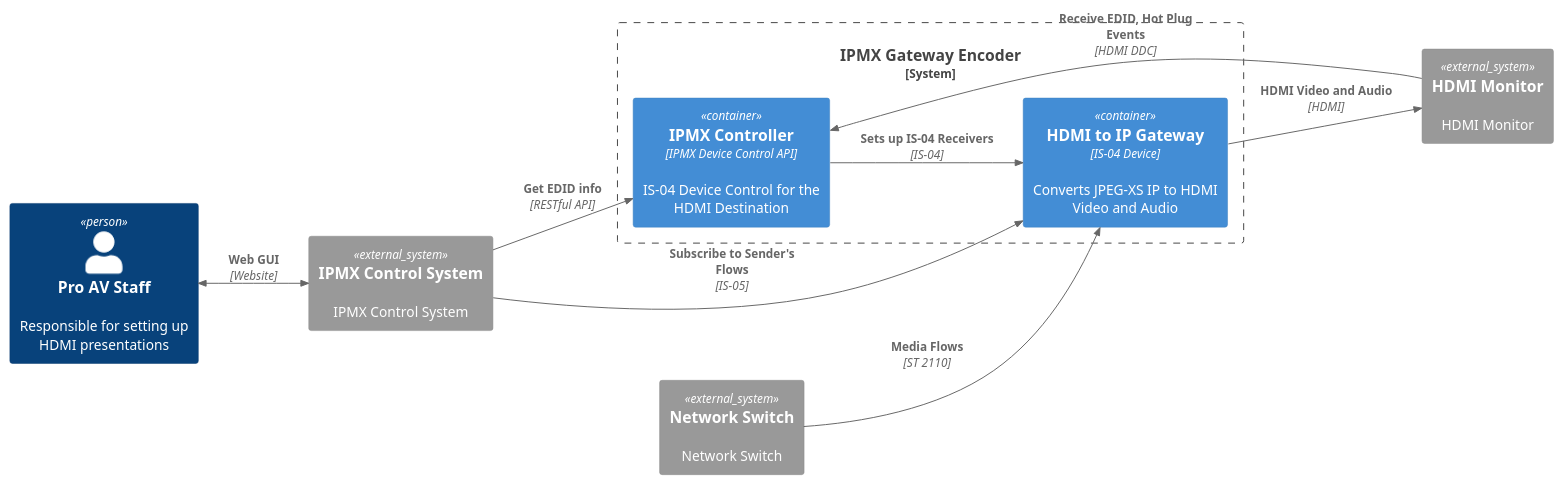
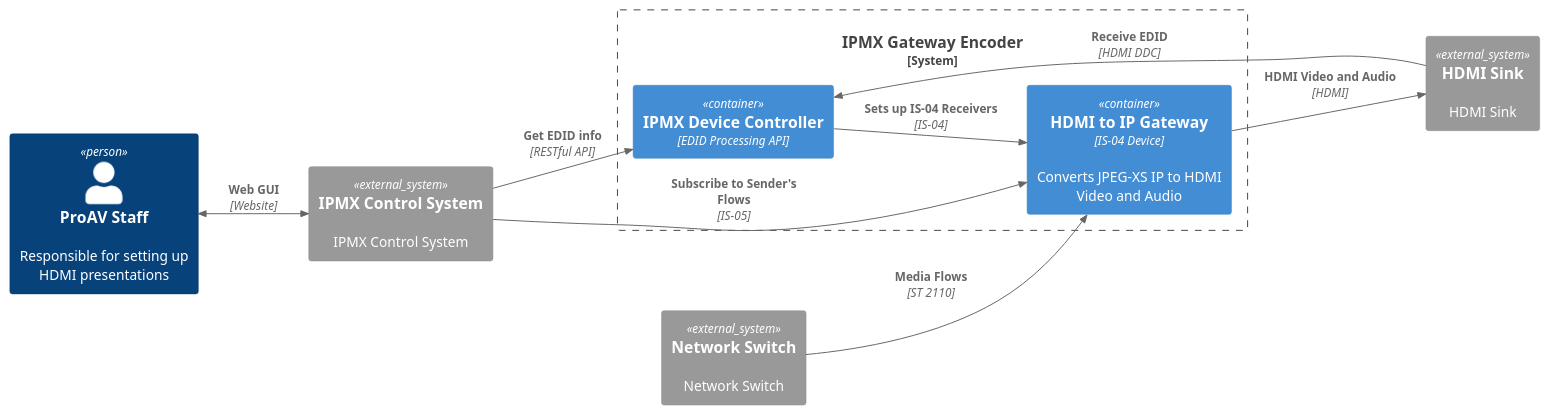
Before and after one commit to AMWA-TV/bcp-005-01: the diagram in docs/images/puml/ipmx_decoder_component_diagram.puml, drawn with PlantUML. The commit also changed 41 other files, not shown here.

First line of the commit message:
EDID Processing API and proofreading (#37)

```diff
--- a/docs/images/puml/ipmx_decoder_component_diagram.puml
+++ b/docs/images/puml/ipmx_decoder_component_diagram.puml
@@ -1,24 +1,24 @@
 @startuml
 !include https://raw.githubusercontent.com/plantuml-stdlib/C4-PlantUML/master/C4_Container.puml
 
 LAYOUT_LEFT_RIGHT()
 
-Person(person, "Pro AV Staff", "Responsible for setting up HDMI presentations")
+Person(person, "ProAV Staff", "Responsible for setting up HDMI presentations")
 
 System_Ext(ics, "IPMX Control System", "IPMX Control System")
-System_Ext(hdmi, "HDMI Monitor", "HDMI Monitor")
+System_Ext(hdmi, "HDMI Sink", "HDMI Sink")
 System_Ext(switch, "Network Switch", "Network Switch")
 
 System_Boundary(proav, "IPMX Gateway Encoder") {
     Container(gw, "HDMI to IP Gateway", "IS-04 Device", "Converts JPEG-XS IP to HDMI Video and Audio")
-    Container(ipmx_controller, "IPMX Controller", "IPMX Device Control API", "IS-04 Device Control for the HDMI Destination")
+    Container(ipmx_controller, "IPMX Device Controller", "EDID Processing API", "")
 }
 
 BiRel(person, ics, "Web GUI", "Website")
 Rel(ics, ipmx_controller, "Get EDID info", "RESTful API")
-Rel(hdmi, ipmx_controller, "Receive EDID, Hot Plug Events", "HDMI DDC")
+Rel(hdmi, ipmx_controller, "Receive EDID", "HDMI DDC")
 Rel(ipmx_controller, gw, "Sets up IS-04 Receivers", "IS-04")
 Rel(ics, gw, "Subscribe to Sender's Flows", "IS-05")
 Rel(gw, hdmi, "HDMI Video and Audio", "HDMI")
 Rel(switch, gw, "Media Flows", "ST 2110")
 @enduml
```
